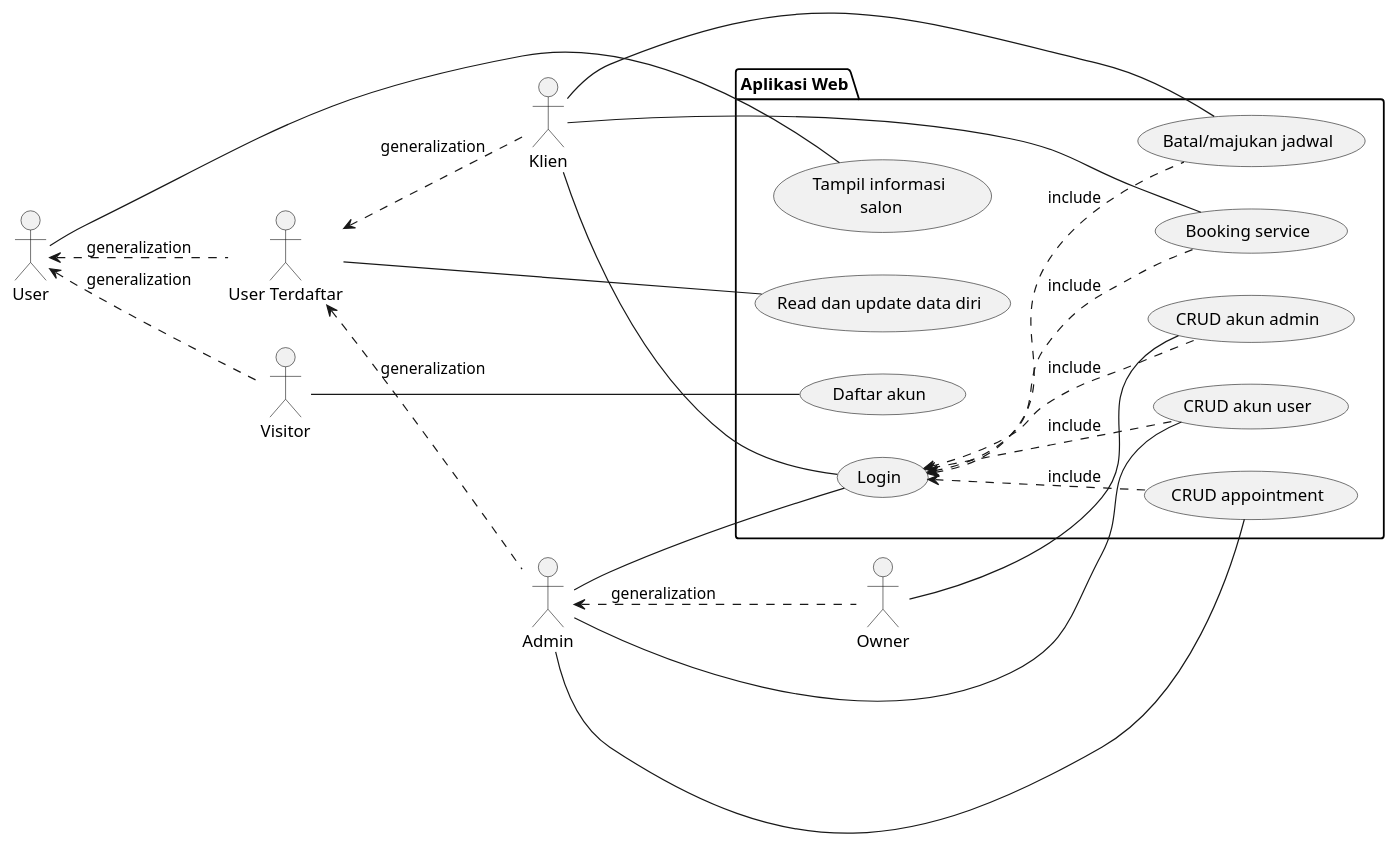
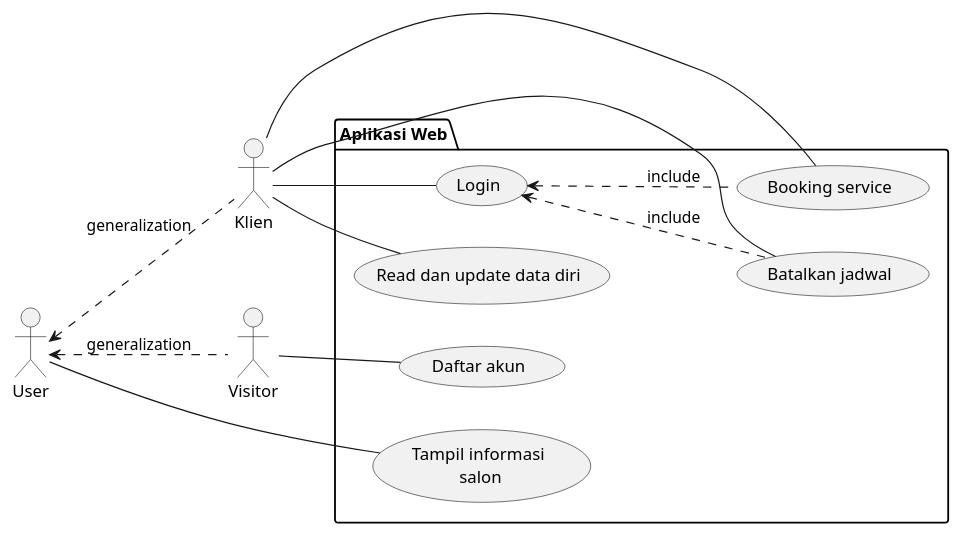
The diagram in packages/diagrams/web-client-usecase.plantuml (RayhanHamada/p3l_kel2), drawn with PlantUML before and after one commit. The commit also changed 2 other files, not shown here.

```diff
--- a/packages/diagrams/web-client-usecase.plantuml
+++ b/packages/diagrams/web-client-usecase.plantuml
@@ -1,69 +1,47 @@
 @startuml usecase
 
 left to right direction
-:User: as User
-:User Terdaftar: as UT
+:User: as U
 :Visitor: as V
 :Klien: as K
-:Admin: as Admin
-:Owner: as Owner
 
-User <.. UT : generalization
-User <.. V : generalization
-UT <.. K : generalization
-UT <.. Admin : generalization
-Admin <.. Owner : generalization
+U <.. V : generalization
+U <.. K : generalization
 
 package "Aplikasi Web" {
     ' fitur user secara umum
     usecase (Read dan update data diri) as ruDataDiri
-
-    'fitur user owner
-    usecase (CRUD akun admin) as crudAkunAdmin
-
-    ' fitur user admin
-    usecase (CRUD akun user) as crudAkunUser
-    usecase (CRUD appointment) as crudAppoint
 
     ' fitur user klien terdaftar
     usecase (Tampil informasi\n salon) as menampilkanInformasi
     usecase (Daftar akun) as daftarAkun
     usecase (Login) as login
     usecase (Booking service) as bs
-    usecase (Batal/majukan jadwal) as batalMajuJadwal
+    usecase (Batalkan jadwal) as batalJadwal
 }
 
-User -- menampilkanInformasi
+U -- menampilkanInformasi
 
-UT -- ruDataDiri
-
-Owner -- crudAkunAdmin
-
-Admin -- login
-Admin -- crudAkunUser
-Admin -- crudAppoint
-
+K -- ruDataDiri
 K -- login
 K -- bs
-K -- batalMajuJadwal
+K -- batalJadwal
 
 ' note right of daftarAkun
 '     Daftar menggunakan No. Telepon, Nama, Password
 ' end note
 
 ' note right of login
 '     Login menggunakan No. Telepon, dan Password
 ' end note
 
 ' note top of bs
 '     pilih waktu, cabang, dan operator, dan service
 ' end note
 
 V -- daftarAkun
 
 login <.. bs : include
-login <.. batalMajuJadwal : include
-login <.. crudAkunAdmin : include
-login <.. crudAkunUser : include
-login <.. crudAppoint : include
+login <.. batalJadwal : include
+
 @enduml
```
